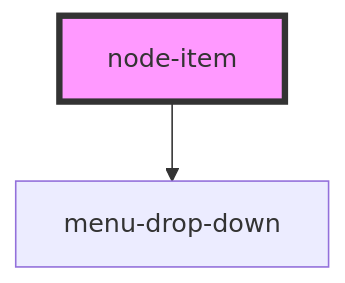
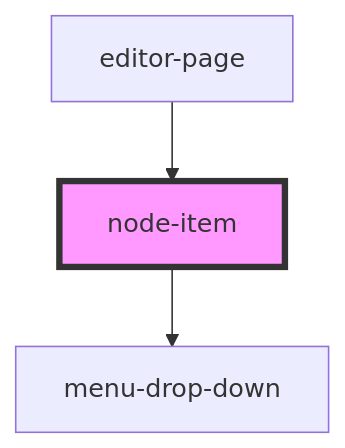
The diagram in src/components/node-item/readme.md (techvariable/NeptuneConnectComponents), drawn with Mermaid before and after one commit. The commit also changed other lines of this file and 14 other files, not shown here.

````diff
--- a/src/components/node-item/readme.md
+++ b/src/components/node-item/readme.md
@@ -22,5 +28,6 @@
 ```mermaid
 graph TD;
   node-item --> menu-drop-down
+  editor-page --> node-item
   style node-item fill:#f9f,stroke:#333,stroke-width:4px
 ```
````
